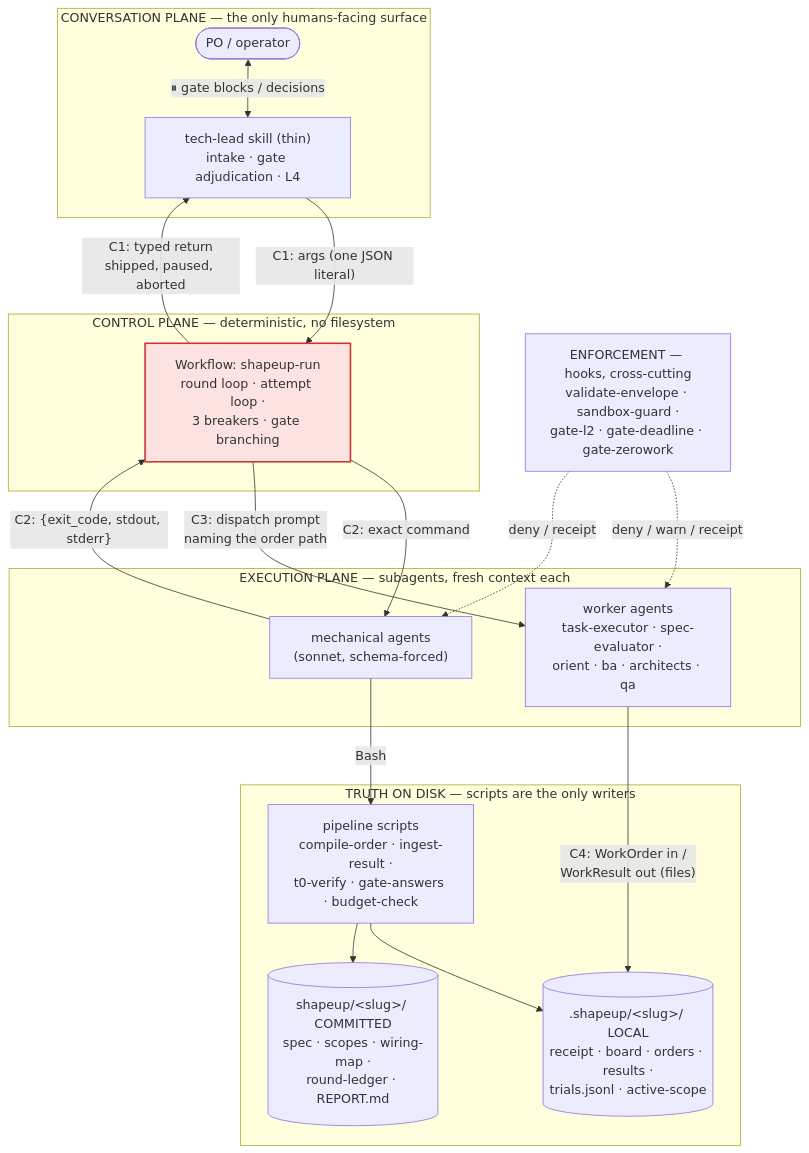
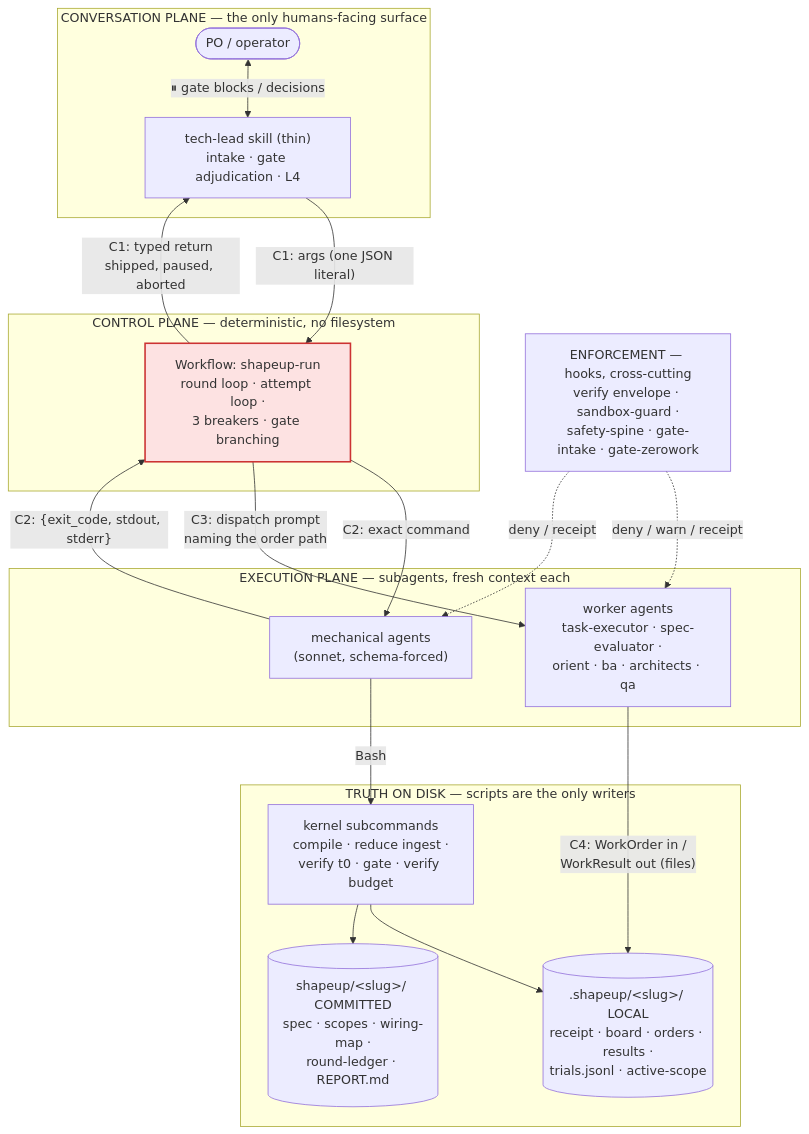
The first of 4 diagrams in docs/design/workflow_architecture_design.md (nguyenvanphituoc/shapeup-sdlc-plugin), drawn with Mermaid before and after one commit. The commit also changed other lines of this file and 20 other files, not shown here.

````diff
--- a/docs/design/workflow_architecture_design.md
+++ b/docs/design/workflow_architecture_design.md
@@ -17,40 +17,40 @@
 ```mermaid
 flowchart TB
   subgraph conv["CONVERSATION PLANE — the only humans-facing surface"]
     PO(["PO / operator"])
     TL["tech-lead skill (thin)<br/>intake · gate adjudication · L4"]
   end
 
   subgraph ctrl["CONTROL PLANE — deterministic, no filesystem"]
     WF["Workflow: shapeup-run<br/>round loop · attempt loop ·<br/>3 breakers · gate branching"]
   end
 
   subgraph exec["EXECUTION PLANE — subagents, fresh context each"]
     MA["mechanical agents<br/>(sonnet, schema-forced)"]
     WA["worker agents<br/>task-executor · spec-evaluator ·<br/>orient · ba · architects · qa"]
   end
 
   subgraph truth["TRUTH ON DISK — scripts are the only writers"]
-    SCR["pipeline scripts<br/>compile-order · ingest-result ·<br/>t0-verify · gate-answers · budget-check"]
+    SCR["kernel subcommands<br/>compile · reduce ingest ·<br/>verify t0 · gate · verify budget"]
     LOC[(".shapeup/&lt;slug&gt;/ LOCAL<br/>receipt · board · orders · results ·<br/>trials.jsonl · active-scope")]
     SHA[("shapeup/&lt;slug&gt;/ COMMITTED<br/>spec · scopes · wiring-map ·<br/>round-ledger · REPORT.md")]
   end
 
-  HK["ENFORCEMENT — hooks, cross-cutting<br/>validate-envelope · sandbox-guard ·<br/>gate-l2 · gate-deadline · gate-zerowork"]
+  HK["ENFORCEMENT — hooks, cross-cutting<br/>verify envelope · sandbox-guard ·<br/>safety-spine · gate-intake · gate-zerowork"]
 
   PO <-->|"⏸ gate blocks / decisions"| TL
   TL -->|"C1: args (one JSON literal)"| WF
   WF -->|"C1: typed return<br/>shipped, paused, aborted"| TL
   WF -->|"C2: exact command"| MA
   MA -->|"C2: {exit_code, stdout, stderr}"| WF
   WF -->|"C3: dispatch prompt<br/>naming the order path"| WA
   MA -->|"Bash"| SCR
   SCR --> LOC
   SCR --> SHA
   WA -->|"C4: WorkOrder in /<br/>WorkResult out (files)"| LOC
   HK -.->|"deny / warn / receipt"| WA
   HK -.->|"deny / receipt"| MA
 
   classDef hot fill:#fde2e2,stroke:#c33,stroke-width:2px
   class WF hot
 ```
````
